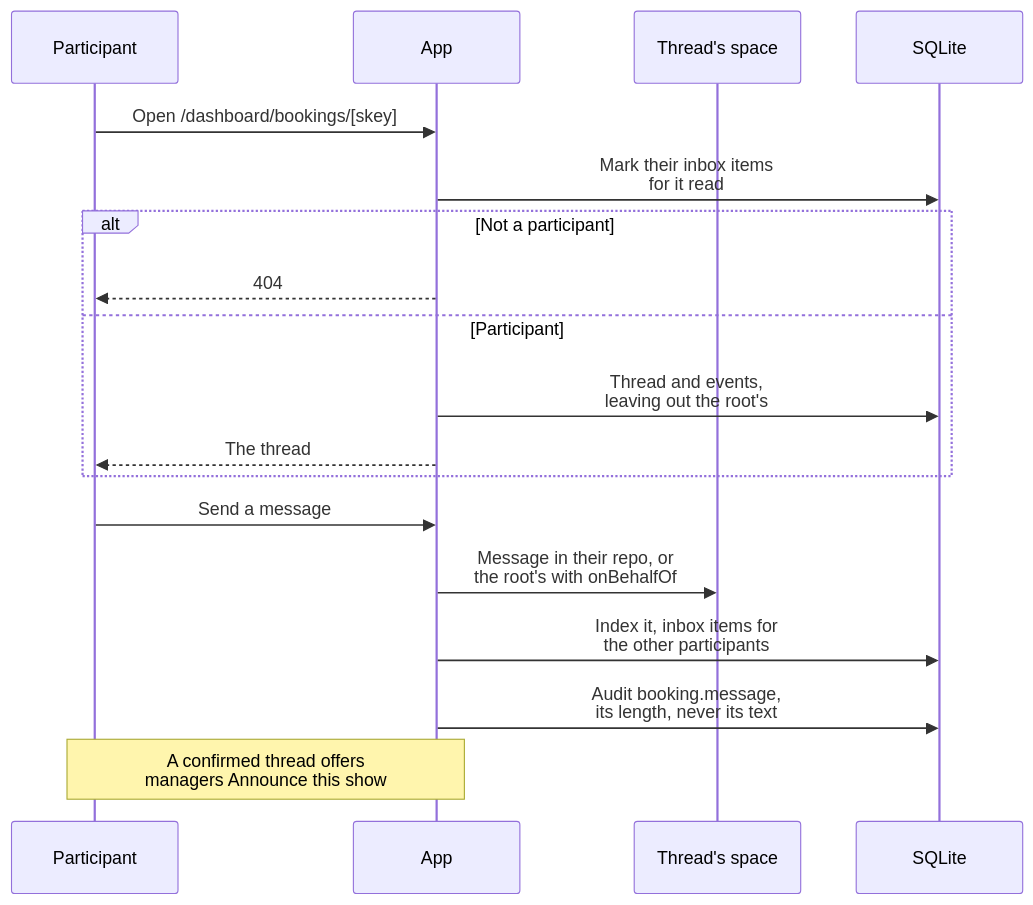
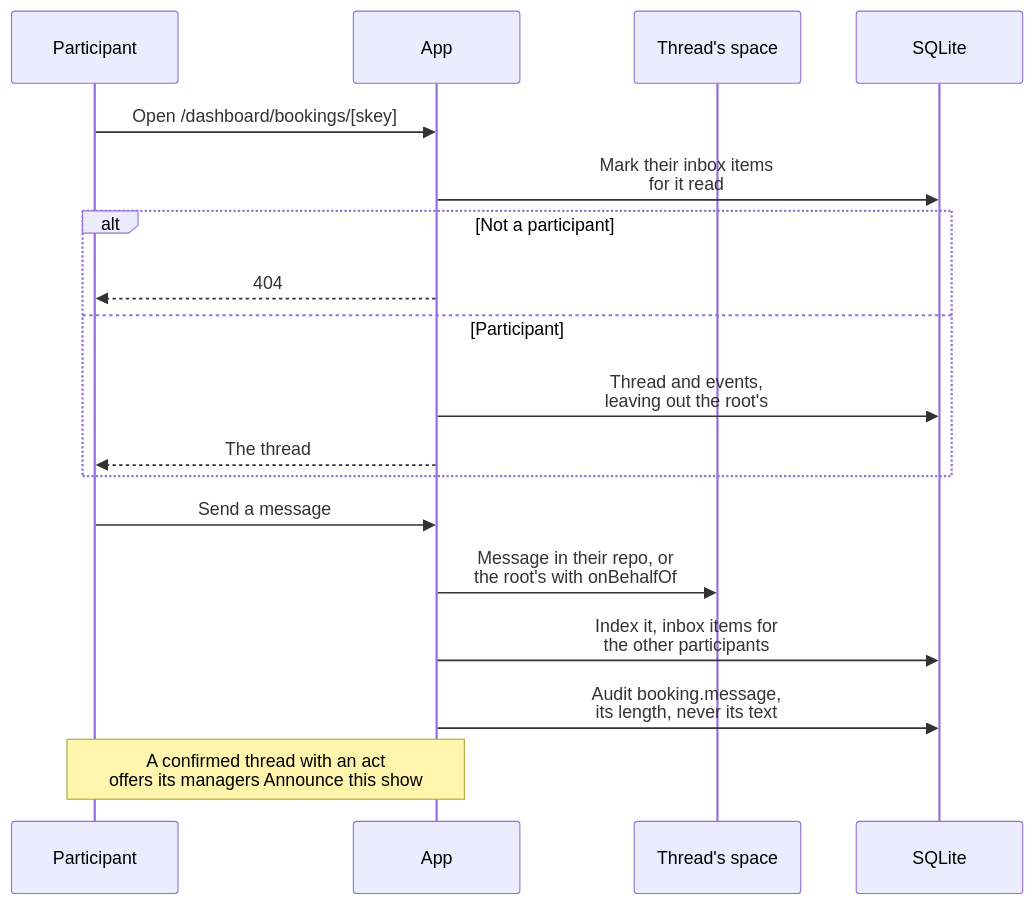
Before and after one commit to cutenode/localnetwork: the eighth of 9 diagrams in apps/web/docs/diagrams/profiles-and-bookings.md, drawn with Mermaid. The commit also changed other lines of this file and 28 other files, not shown here.

````diff
--- a/apps/web/docs/diagrams/profiles-and-bookings.md
+++ b/apps/web/docs/diagrams/profiles-and-bookings.md
@@ -177,20 +183,20 @@
 ```mermaid
 sequenceDiagram
   participant P as Participant
   participant A as App
   participant S as Thread's space
   participant D as SQLite
   P->>A: Open /dashboard/bookings/[skey]
   A->>D: Mark their inbox items<br/>for it read
   alt Not a participant
     A-->>P: 404
   else Participant
     A->>D: Thread and events,<br/>leaving out the root's
     A-->>P: The thread
   end
   P->>A: Send a message
   A->>S: Message in their repo, or<br/>the root's with onBehalfOf
   A->>D: Index it, inbox items for<br/>the other participants
   A->>D: Audit booking.message,<br/>its length, never its text
-  Note over P,A: A confirmed thread offers<br/>managers Announce this show
+  Note over P,A: A confirmed thread with an act<br/>offers its managers Announce this show
 ```
````
